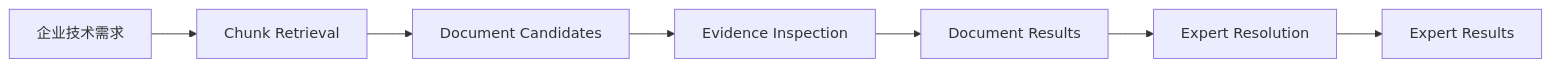
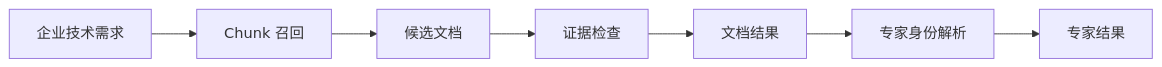
One commit to NozomiX1/NozomiX1.github.io changed the first of 4 diagrams in technical-report-v1.md. Above: the diagram before and after it, drawn with Mermaid. The commit also changed other lines of this file and 3 other files, not shown here.

````diff
--- a/technical-report-v1.md
+++ b/technical-report-v1.md
@@ -58,9 +56,9 @@
 ```mermaid
 flowchart LR
-    Q[企业技术需求] --> C[Chunk Retrieval]
-    C --> D[Document Candidates]
-    D --> E[Evidence Inspection]
-    E --> DR[Document Results]
-    DR --> X[Expert Resolution]
-    X --> XR[Expert Results]
+    Q[企业技术需求] --> C[Chunk 召回]
+    C --> D[候选文档]
+    D --> E[证据检查]
+    E --> DR[文档结果]
+    DR --> X[专家身份解析]
+    X --> XR[专家结果]
 ```
````
